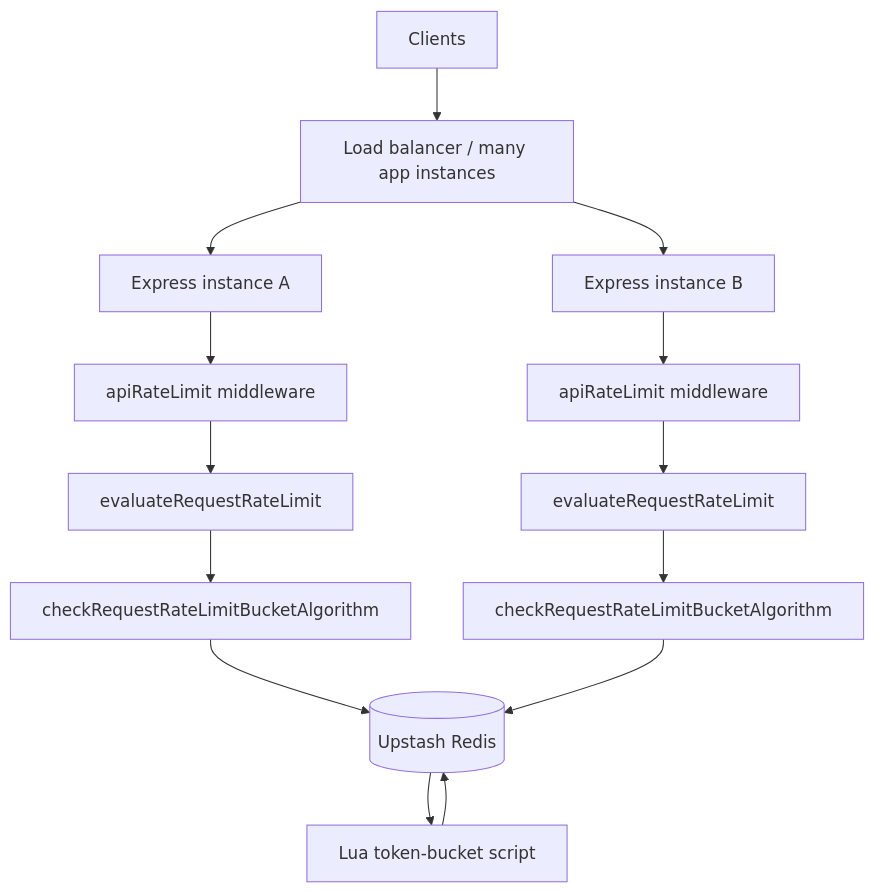
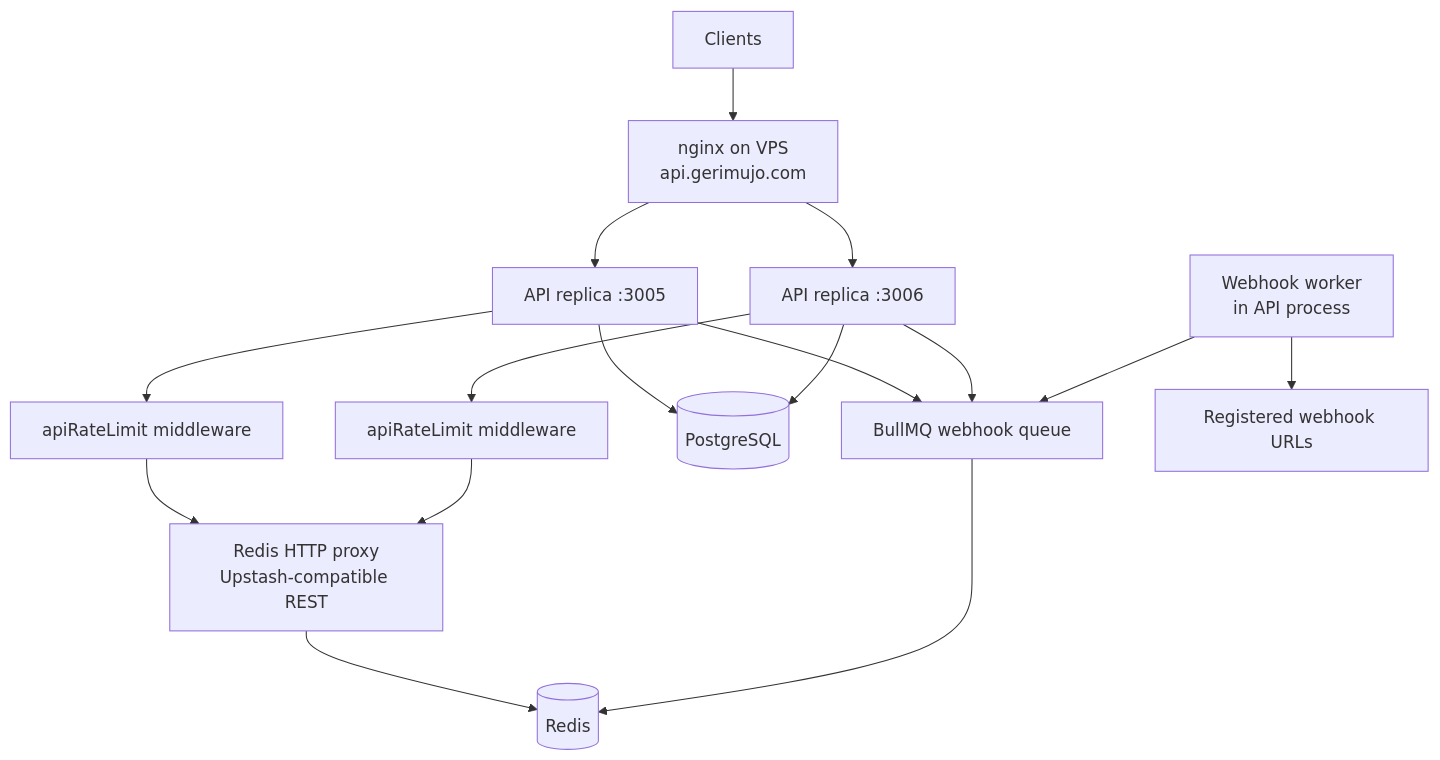
One commit to gerimujo496/rate-limiter changed the first of 3 diagrams in README.md. Above: the diagram before and after it, drawn with Mermaid. The commit also changed other lines of this file and 9 other files, not shown here.

First line of the commit message:
Document the distributed API service and add webhook tests.

````diff
--- a/README.md
+++ b/README.md
@@ -25,21 +401,22 @@
 ```mermaid
 flowchart TD
-    C[Clients] --> LB[Load balancer / many app instances]
-    LB --> A1[Express instance A]
-    LB --> A2[Express instance B]
+    Clients[Clients] --> Nginx[nginx on VPS<br/>api.gerimujo.com]
+    Nginx --> A1[API replica :3005]
+    Nginx --> A2[API replica :3006]
 
     A1 --> MW[apiRateLimit middleware]
     A2 --> MW2[apiRateLimit middleware]
 
-    MW --> EV[evaluateRequestRateLimit]
-    MW2 --> EV2[evaluateRequestRateLimit]
+    MW --> RedisRest[Redis HTTP proxy<br/>Upstash-compatible REST]
+    MW2 --> RedisRest
+    RedisRest --> Redis[(Redis)]
 
-    EV --> B[checkRequestRateLimitBucketAlgorithm]
-    EV2 --> B2[checkRequestRateLimitBucketAlgorithm]
+    A1 --> PG[(PostgreSQL)]
+    A2 --> PG
 
-    B --> R[(Upstash Redis)]
-    B2 --> R
-
-    R --> L[Lua token-bucket script]
-    L --> R
+    A1 --> Queue[BullMQ webhook queue]
+    A2 --> Queue
+    Queue --> Redis
+    Worker[Webhook worker<br/>in API process] --> Queue
+    Worker --> Callbacks[Registered webhook URLs]
 ```
````
